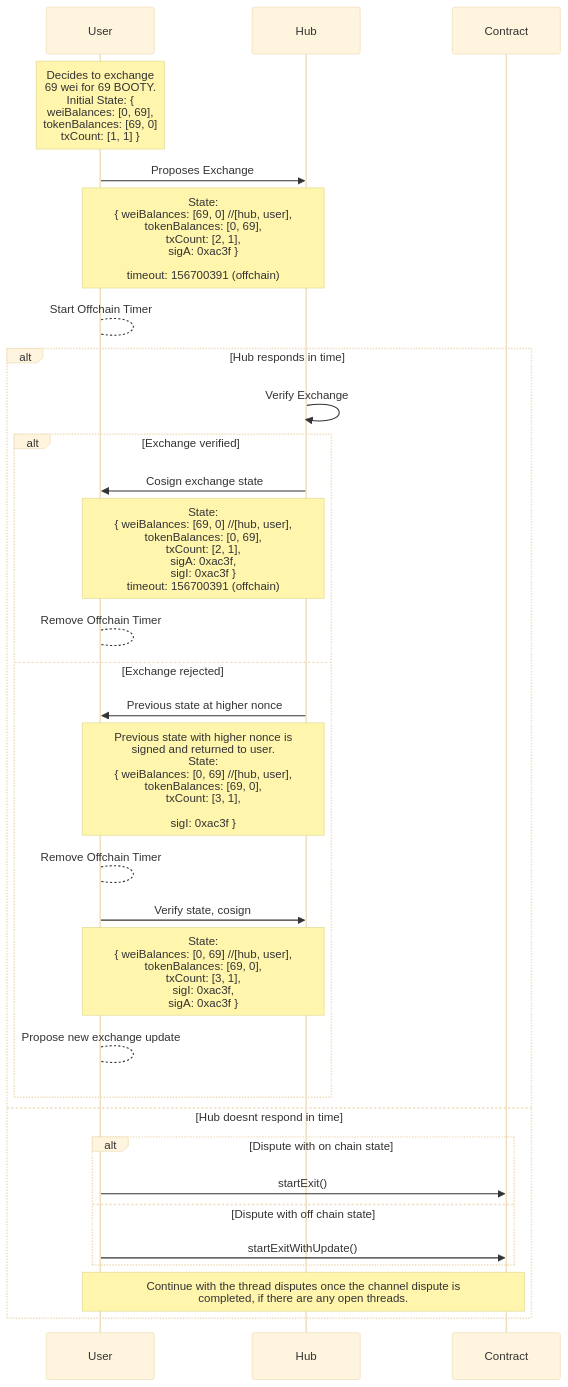
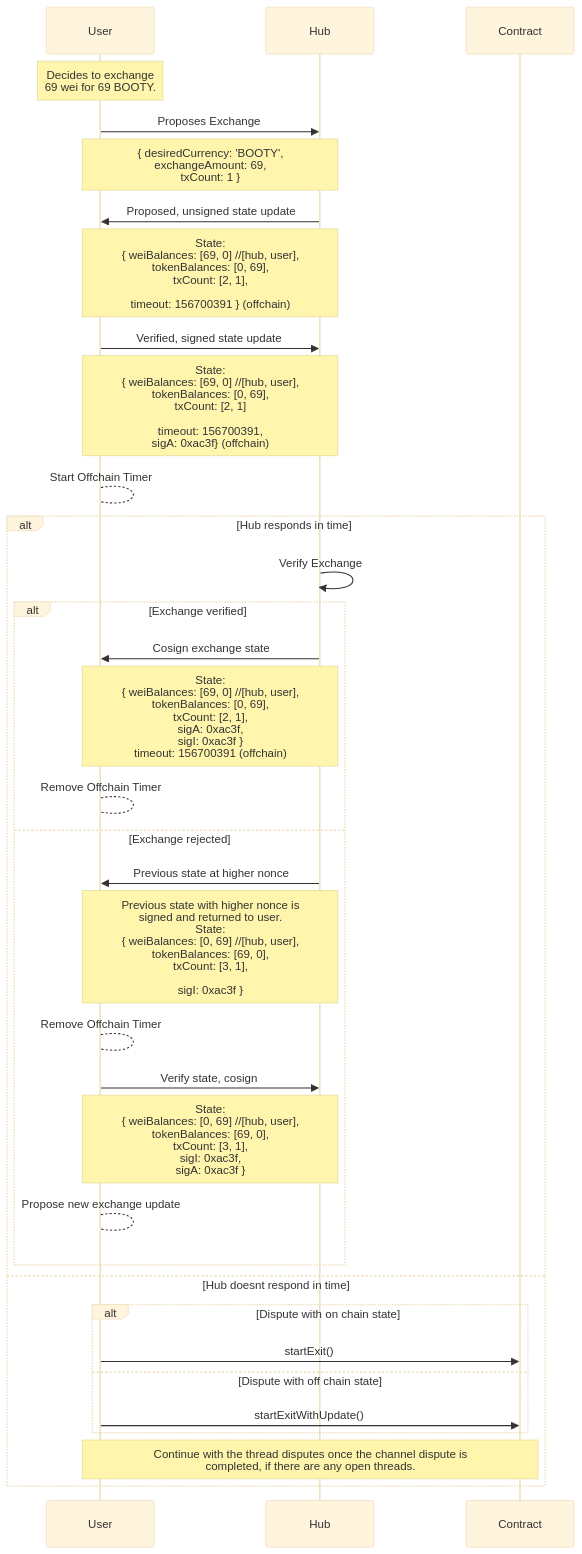
The diagram in docs/diagrams/exchange.mmd (kyokan/contracts), drawn with Mermaid (base theme) before and after one commit.

```diff
--- a/docs/diagrams/exchange.mmd
+++ b/docs/diagrams/exchange.mmd
@@ -1,53 +1,58 @@
 sequenceDiagram
 
     # title <u>Offchain Exchange</u>
 
     # aliases
     participant User
     participant Hub
     participant Contract
 
 
-    Note over User: Decides to exchange <br> 69 wei for 69 BOOTY.<br>Initial State: { <br>weiBalances: [0, 69],<br>tokenBalances: [69, 0]<br>txCount: [1, 1] }
+    Note over User: Decides to exchange <br> 69 wei for 69 BOOTY.
 
 
     User->>Hub: Proposes Exchange
-    Note over User,Hub: State: <br> { weiBalances: [69, 0] //[hub, user], <br> tokenBalances: [0, 69], <br> txCount: [2, 1], <br>sigA: 0xac3f }<br><br> timeout: 156700391 (offchain)
+    Note over User,Hub: { desiredCurrency: 'BOOTY',<br>exchangeAmount: 69,<br>txCount: 1 }
 
+Hub->>User: Proposed, unsigned state update
+Note over User,Hub: State: <br> { weiBalances: [69, 0] //[hub, user], <br> tokenBalances: [0, 69], <br> txCount: [2, 1],<br><br> timeout: 156700391 } (offchain)
+
+User->>Hub: Verified, signed state update
+Note over User,Hub: State: <br> { weiBalances: [69, 0] //[hub, user], <br> tokenBalances: [0, 69], <br> txCount: [2, 1] <br><br> timeout: 156700391,<br>sigA: 0xac3f} (offchain)
     User-->User: Start Offchain Timer
 
     alt Hub responds in time
 
         Hub->>Hub: Verify Exchange
 
         alt Exchange verified
             
             Hub->>User: Cosign exchange state
             Note over User,Hub: State: <br> { weiBalances: [69, 0] //[hub, user], <br> tokenBalances: [0, 69], <br> txCount: [2, 1], <br>sigA: 0xac3f, <br>sigI: 0xac3f } <br> timeout: 156700391 (offchain)
       
             User-->User: Remove Offchain Timer
 
         else Exchange rejected
             
             Hub->>User: Previous state at higher nonce
             Note over User,Hub: Previous state with higher nonce is <br> signed and returned to user. <br> State: <br> { weiBalances: [0, 69] //[hub, user], <br> tokenBalances: [69, 0], <br> txCount: [3, 1], <br><br>sigI: 0xac3f }
 
             User-->User: Remove Offchain Timer
 
             User->>Hub: Verify state, cosign
             Note over User,Hub: State: <br> { weiBalances: [0, 69] //[hub, user], <br> tokenBalances: [69, 0], <br> txCount: [3, 1], <br>sigI: 0xac3f, <br>sigA: 0xac3f }
 
             User-->User: Propose new exchange update
 
         end
 
     else Hub doesnt respond in time
     
         alt Dispute with on chain state
             User->>Contract: startExit()
         else Dispute with off chain state
             User->>Contract: startExitWithUpdate()
         end
 
         Note over User,Contract: Continue with the thread disputes once the channel dispute is<br> completed, if there are any open threads.
     end
```
